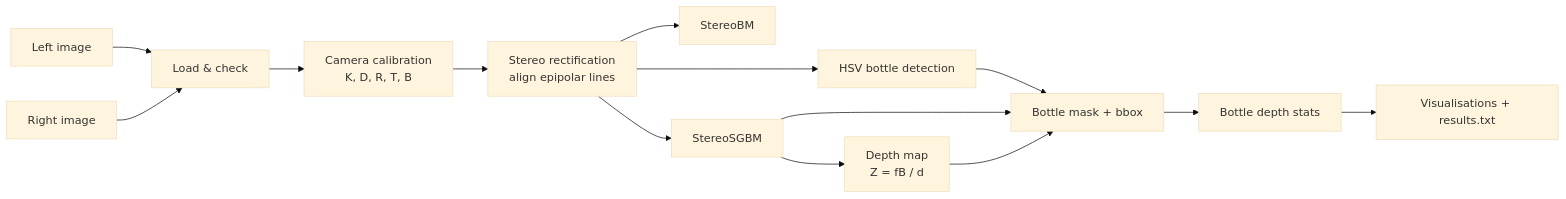
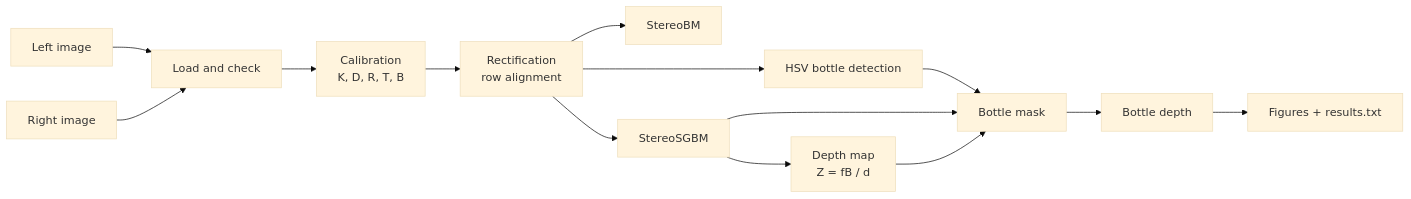
One commit to false200/ComputerVision-Lab2 changed the first of 2 diagrams in README.md. Above: the diagram before and after it, drawn with Mermaid (base theme). The commit also changed other lines of this file and 13 other files, not shown here.

````diff
--- a/README.md
+++ b/README.md
@@ -39,16 +82,16 @@
 ```mermaid
 flowchart LR
-    A[Left image] --> C[Load & check]
+    A[Left image] --> C[Load and check]
     B[Right image] --> C
-    C --> D[Camera calibration<br/>K, D, R, T, B]
-    D --> E[Stereo rectification<br/>align epipolar lines]
+    C --> D[Calibration<br/>K, D, R, T, B]
+    D --> E[Rectification<br/>row alignment]
     E --> F1[StereoBM]
     E --> F2[StereoSGBM]
     F2 --> G[Depth map<br/>Z = fB / d]
     E --> H[HSV bottle detection]
-    H --> I[Bottle mask + bbox]
+    H --> I[Bottle mask]
     F2 --> I
     G --> I
-    I --> J[Bottle depth stats]
-    J --> K[Visualisations + results.txt]
+    I --> J[Bottle depth]
+    J --> K[Figures + results.txt]
 ```
````
